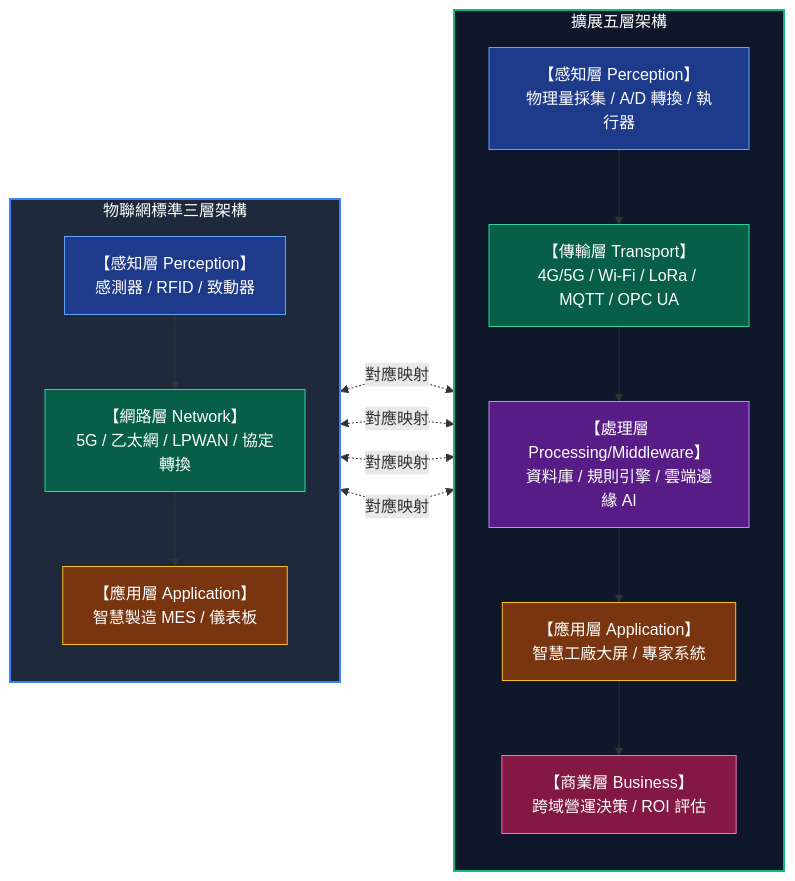
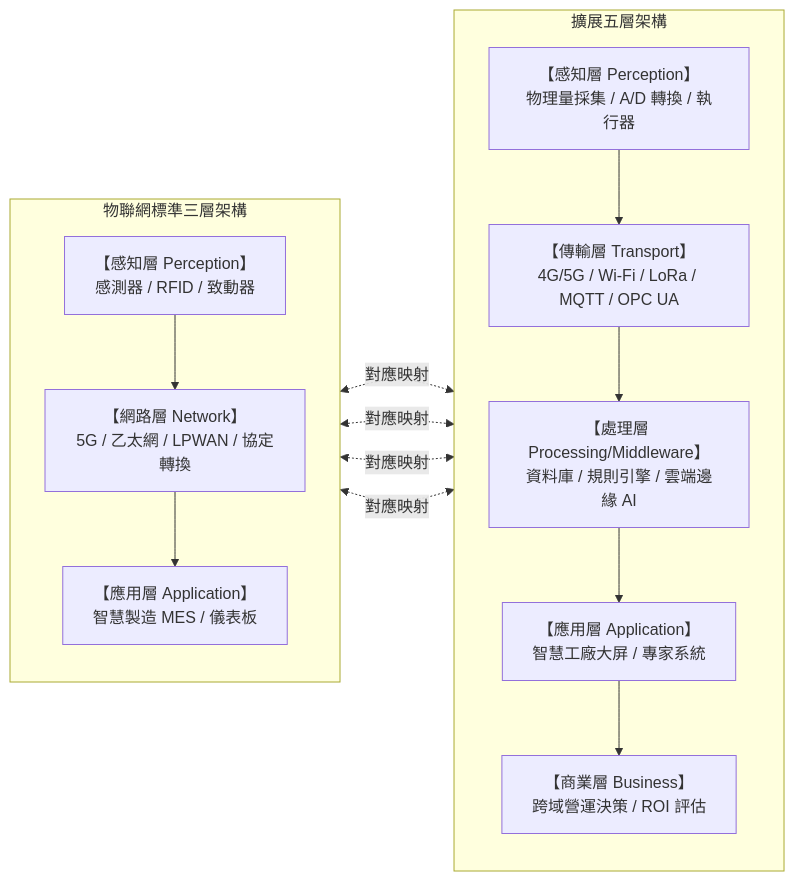
The first of 5 diagrams in exam/notes/aiot/s1_AIoT基礎概論/L112_AIoT基礎與架構.md (ta-lang/iPAS_Test), drawn with Mermaid before and after one commit. The commit also changed other lines of this file and 16 other files, not shown here.

Commit message:
fix(mermaid): remove hardcoded styles, add high-contrast theme CSS, and forbid color styling in SOP

````diff
--- a/exam/notes/aiot/s1_AIoT基礎概論/L112_AIoT基礎與架構.md
+++ b/exam/notes/aiot/s1_AIoT基礎概論/L112_AIoT基礎與架構.md
@@ -15,36 +15,26 @@
 ```mermaid
 flowchart LR
     subgraph S1["物聯網標準三層架構"]
         direction TB
         A3["【應用層 Application】<br>智慧製造 MES / 儀表板"]
         A2["【網路層 Network】<br>5G / 乙太網 / LPWAN / 協定轉換"]
         A1["【感知層 Perception】<br>感測器 / RFID / 致動器"]
         A1 --> A2 --> A3
     end
 
     subgraph S2["擴展五層架構"]
         direction TB
         B5["【商業層 Business】<br>跨域營運決策 / ROI 評估"]
         B4["【應用層 Application】<br>智慧工廠大屏 / 專家系統"]
         B3["【處理層 Processing/Middleware】<br>資料庫 / 規則引擎 / 雲端邊緣 AI"]
         B2["【傳輸層 Transport】<br>4G/5G / Wi-Fi / LoRa / MQTT / OPC UA"]
         B1["【感知層 Perception】<br>物理量採集 / A/D 轉換 / 執行器"]
         B1 --> B2 --> B3 --> B4 --> B5
     end
 
     A3 <.->|"對應映射"| B4
     A2 <.->|"對應映射"| B3
     A2 <.->|"對應映射"| B2
     A1 <.->|"對應映射"| B1
 
-    style S1 fill:#1e293b,stroke:#3b82f6,stroke-width:2px,color:#fff
-    style S2 fill:#0f172a,stroke:#10b981,stroke-width:2px,color:#fff
-    style A1 fill:#1e3a8a,stroke:#60a5fa,color:#fff
-    style A2 fill:#065f46,stroke:#34d399,color:#fff
-    style A3 fill:#78350f,stroke:#fbbf24,color:#fff
-    style B1 fill:#1e3a8a,stroke:#60a5fa,color:#fff
-    style B2 fill:#065f46,stroke:#34d399,color:#fff
-    style B3 fill:#581c87,stroke:#c084fc,color:#fff
-    style B4 fill:#78350f,stroke:#fbbf24,color:#fff
-    style B5 fill:#831843,stroke:#f472b6,color:#fff
 ```
````
